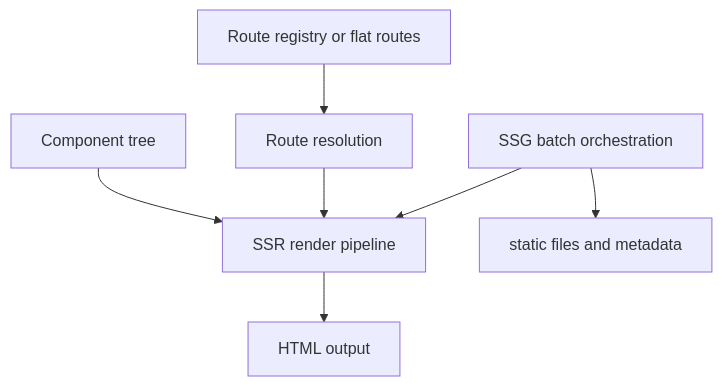
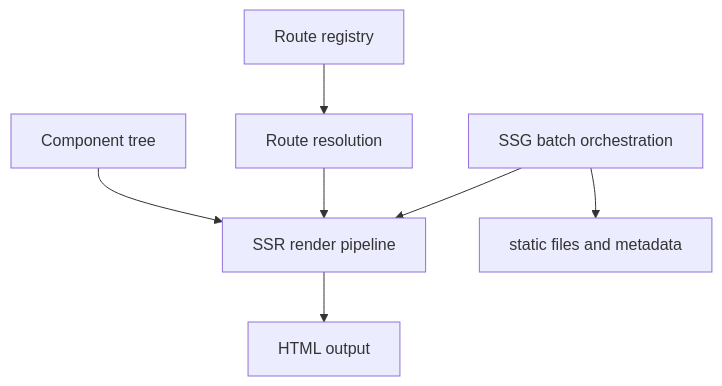
Before and after one commit to askrjs/askr: the first of 7 diagrams in docs/internals/ssr-ssg-pipeline.md, drawn with Mermaid. The commit also changed other lines of this file and 35 other files, not shown here.

````diff
--- a/docs/internals/ssr-ssg-pipeline.md
+++ b/docs/internals/ssr-ssg-pipeline.md
@@ -10,17 +10,17 @@
 ```mermaid
 flowchart TB
-  routes[Route registry or flat routes]
+  registry[Route registry]
   components[Component tree]
   routeResolve[Route resolution]
   ssrRender[SSR render pipeline]
   html[HTML output]
   ssgBatch[SSG batch orchestration]
   files[static files and metadata]
 
-  routes --> routeResolve
+  registry --> routeResolve
   components --> ssrRender
   routeResolve --> ssrRender
   ssrRender --> html
   ssgBatch --> ssrRender
   ssgBatch --> files
 ```
````
